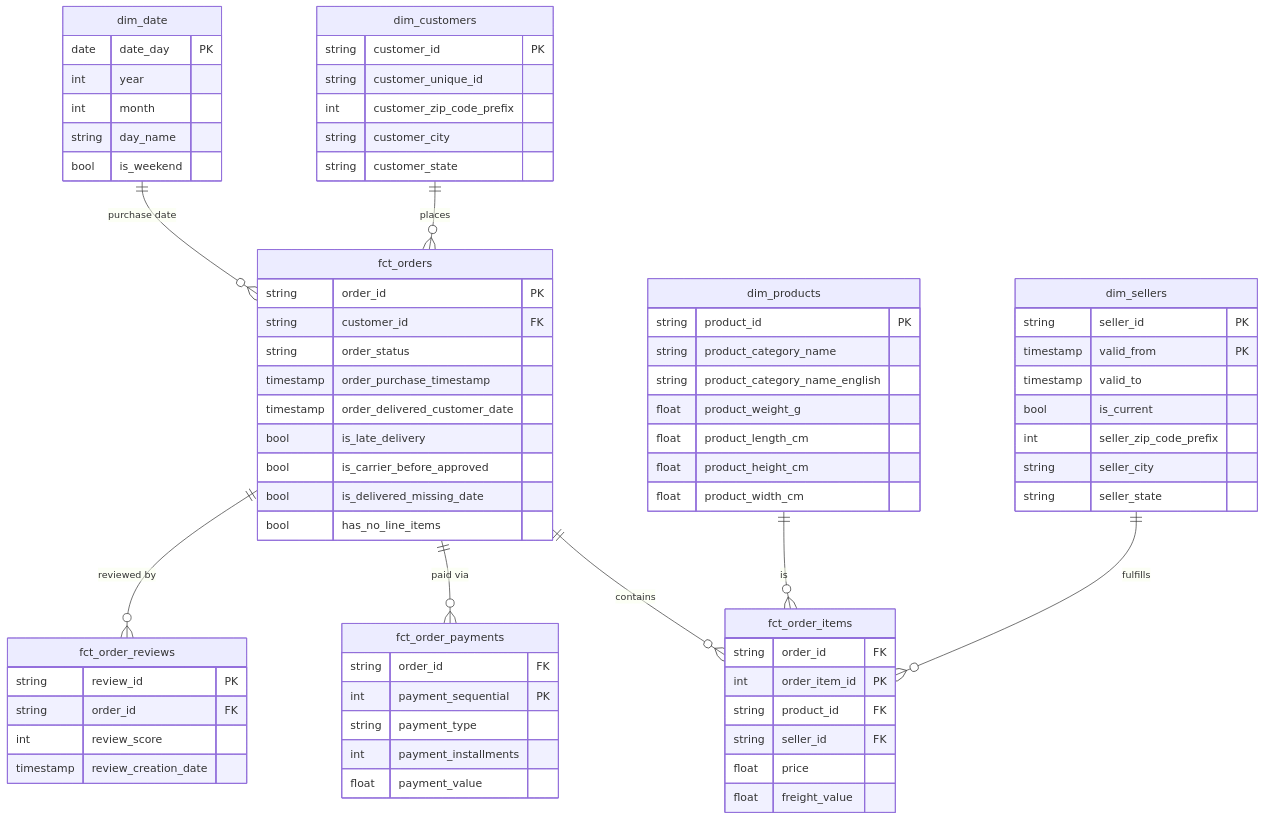
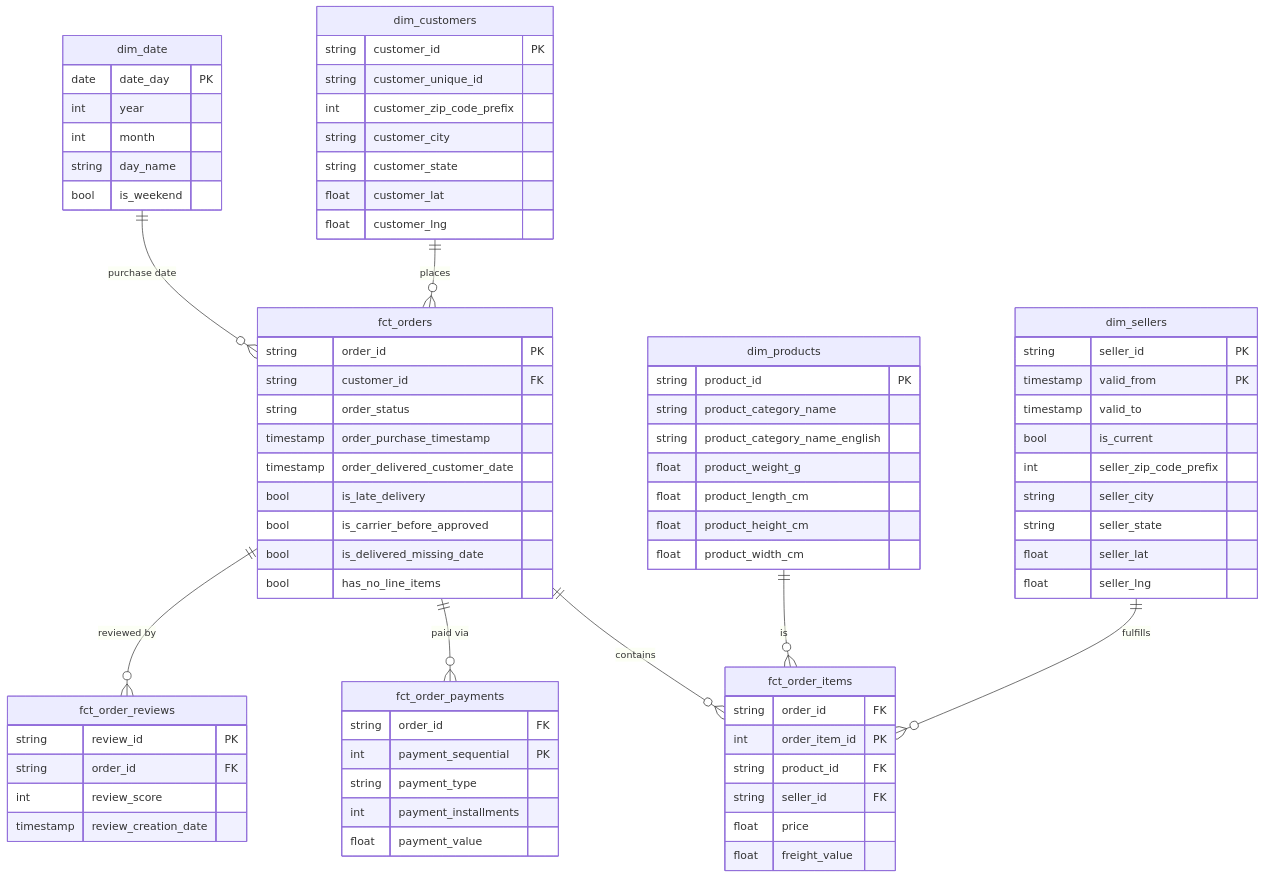
The diagram in README.md (NTungka/GoogleBQ-Streamlit-data-pipeline), drawn with Mermaid before and after one commit. The commit also changed other lines of this file and 18 other files, not shown here.

````diff
--- a/README.md
+++ b/README.md
@@ -202,75 +721,79 @@
 ```mermaid
 erDiagram
     dim_customers ||--o{ fct_orders : places
     dim_date ||--o{ fct_orders : "purchase date"
     fct_orders ||--o{ fct_order_items : contains
     fct_orders ||--o{ fct_order_payments : "paid via"
     fct_orders ||--o{ fct_order_reviews : "reviewed by"
     dim_products ||--o{ fct_order_items : is
     dim_sellers ||--o{ fct_order_items : fulfills
 
     dim_customers {
         string customer_id PK
         string customer_unique_id
         int customer_zip_code_prefix
         string customer_city
         string customer_state
+        float customer_lat
+        float customer_lng
     }
     dim_sellers {
         string seller_id PK
         timestamp valid_from PK
         timestamp valid_to
         bool is_current
         int seller_zip_code_prefix
         string seller_city
         string seller_state
+        float seller_lat
+        float seller_lng
     }
     dim_products {
         string product_id PK
         string product_category_name
         string product_category_name_english
         float product_weight_g
         float product_length_cm
         float product_height_cm
         float product_width_cm
     }
     dim_date {
         date date_day PK
         int year
         int month
         string day_name
         bool is_weekend
     }
     fct_orders {
         string order_id PK
         string customer_id FK
         string order_status
         timestamp order_purchase_timestamp
         timestamp order_delivered_customer_date
         bool is_late_delivery
         bool is_carrier_before_approved
         bool is_delivered_missing_date
         bool has_no_line_items
     }
     fct_order_items {
         string order_id FK
         int order_item_id PK
         string product_id FK
         string seller_id FK
         float price
         float freight_value
     }
     fct_order_payments {
         string order_id FK
         int payment_sequential PK
         string payment_type
         int payment_installments
         float payment_value
     }
     fct_order_reviews {
         string review_id PK
         string order_id FK
         int review_score
         timestamp review_creation_date
     }
 ```
````
